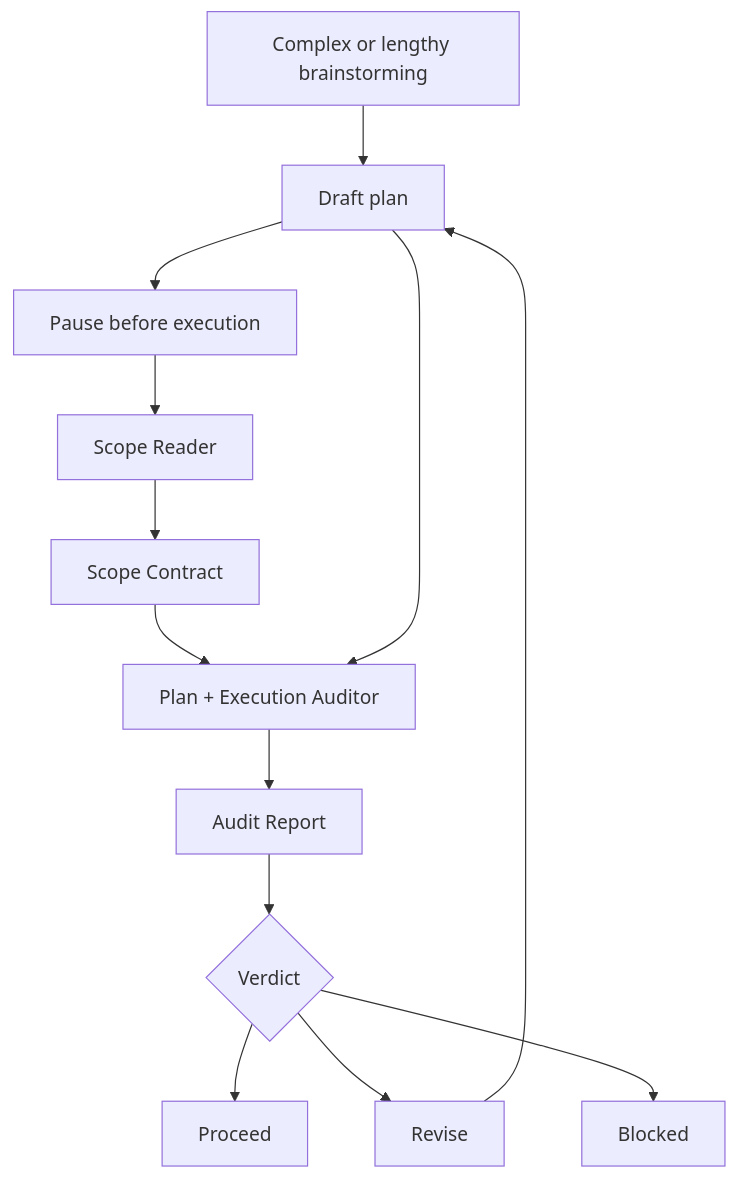
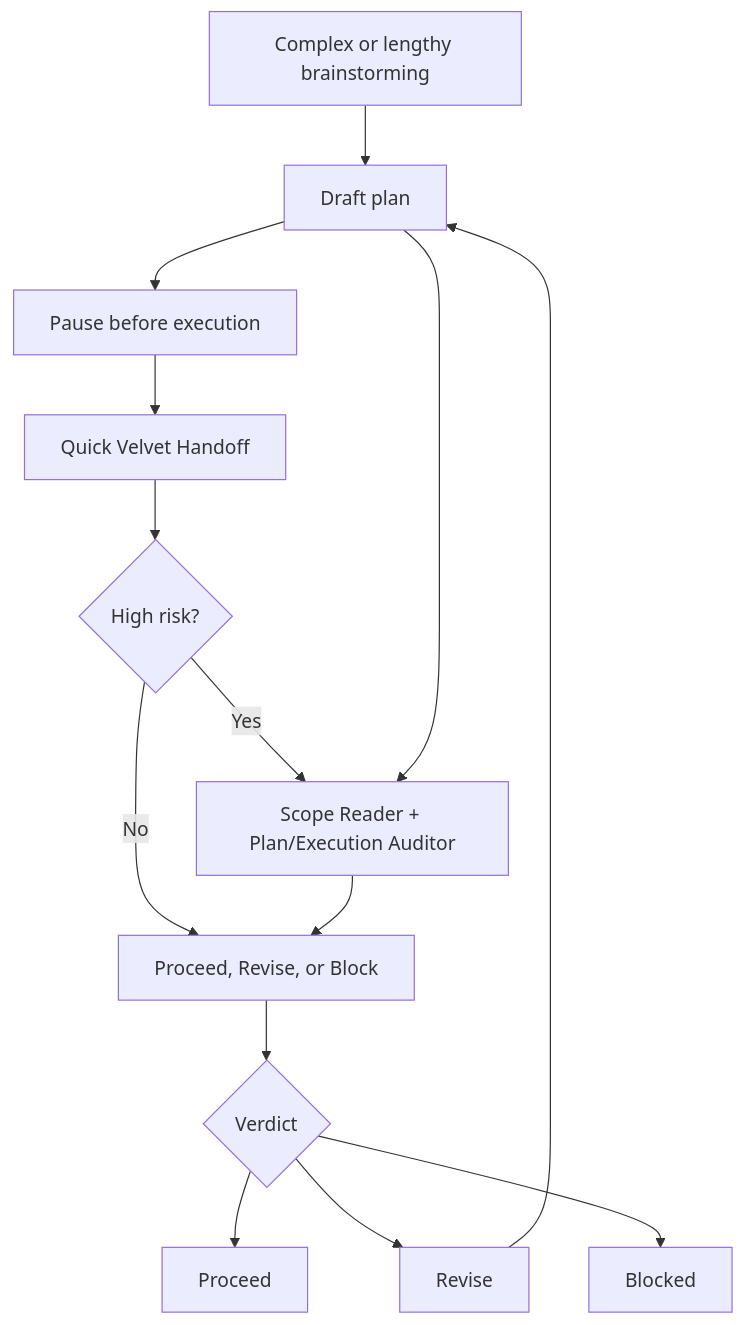
The diagram in README.md (emilios-eth/velvet-handoff), drawn with Mermaid before and after one commit. The commit also changed other lines of this file and 4 other files, not shown here.

Commit message:
Tighten Velvet Handoff sharing docs

````diff
--- a/README.md
+++ b/README.md
@@ -11,15 +11,16 @@
 ```mermaid
 flowchart TD
     A["Complex or lengthy brainstorming"] --> B["Draft plan"]
     B --> C["Pause before execution"]
-    C --> D["Scope Reader"]
-    D --> E["Scope Contract"]
-    E --> F["Plan + Execution Auditor"]
+    C --> D["Quick Velvet Handoff"]
+    D --> E{"High risk?"}
+    E -->|No| G["Proceed, Revise, or Block"]
+    E -->|Yes| F["Scope Reader + Plan/Execution Auditor"]
     B --> F
-    F --> G["Audit Report"]
+    F --> G["Proceed, Revise, or Block"]
     G --> H{"Verdict"}
     H --> I["Proceed"]
     H --> J["Revise"]
     H --> K["Blocked"]
     J --> B
 ```
````
